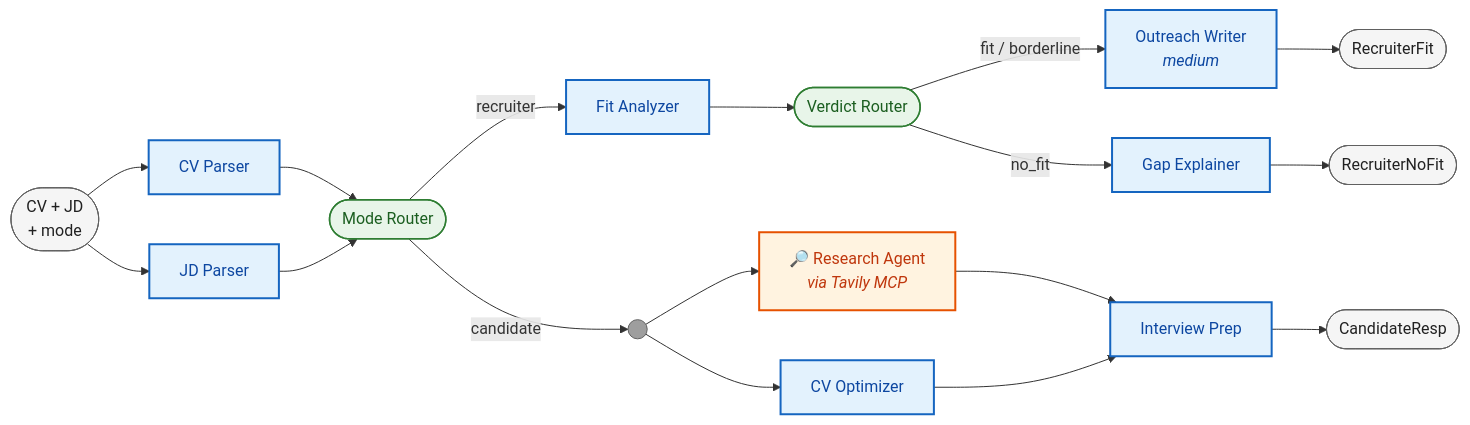
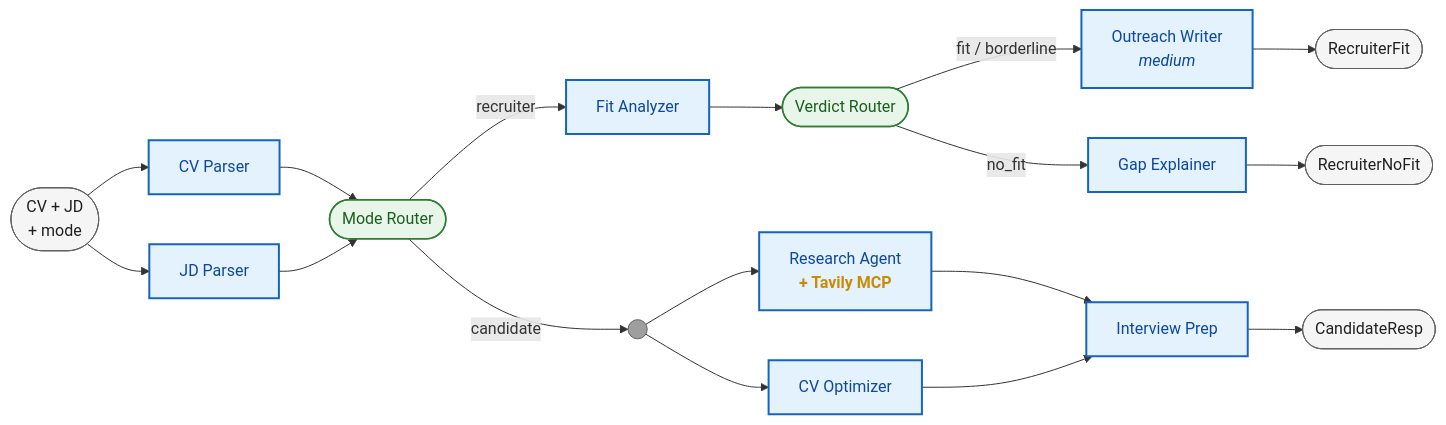
One commit to Naji-Najari/career-copilot changed the diagram in README.md. Above: the diagram before and after it, drawn with Mermaid. The commit also changed other lines of this file, not shown here.

Commit message:
feat: enhance README with updated Research Agent representation in agent diagram

````diff
--- a/README.md
+++ b/README.md
@@ -39,30 +39,29 @@
 ```mermaid
 flowchart LR
     IN(["CV + JD<br/>+ mode"]):::io
 
     IN --> CV[CV Parser]:::agent
     IN --> JD[JD Parser]:::agent
     CV --> MR(["Mode Router"]):::router
     JD --> MR
 
     MR -- recruiter --> FA[Fit Analyzer]:::agent
     FA --> VR(["Verdict Router"]):::router
     VR -- fit / borderline --> OW["Outreach Writer<br/><i>medium</i>"]:::agent
     VR -- no_fit --> GE[Gap Explainer]:::agent
 
     MR -- candidate --> CFORK((·)):::fork
-    CFORK --> RA["🔎 Research Agent<br/><i>via Tavily MCP</i>"]:::tool_agent
+    CFORK --> RA["Research Agent<br/><b style='color:#CA8A04'>+ Tavily MCP</b>"]:::agent
     CFORK --> CO[CV Optimizer]:::agent
     RA --> IP[Interview Prep]:::agent
     CO --> IP
 
     OW --> OUT1(["RecruiterFit"]):::io
     GE --> OUT2(["RecruiterNoFit"]):::io
     IP --> OUT3(["CandidateResp"]):::io
 
     classDef agent fill:#E3F2FD,stroke:#1565C0,stroke-width:2px,color:#0D47A1
-    classDef tool_agent fill:#FFF3E0,stroke:#E65100,stroke-width:2px,color:#BF360C
     classDef router fill:#E8F5E9,stroke:#2E7D32,stroke-width:1.5px,color:#1B5E20
     classDef fork fill:#9E9E9E,stroke:#616161,stroke-width:1px,color:#9E9E9E
     classDef io fill:#F5F5F5,stroke:#616161,stroke-width:1px,color:#212121
 ```
````
